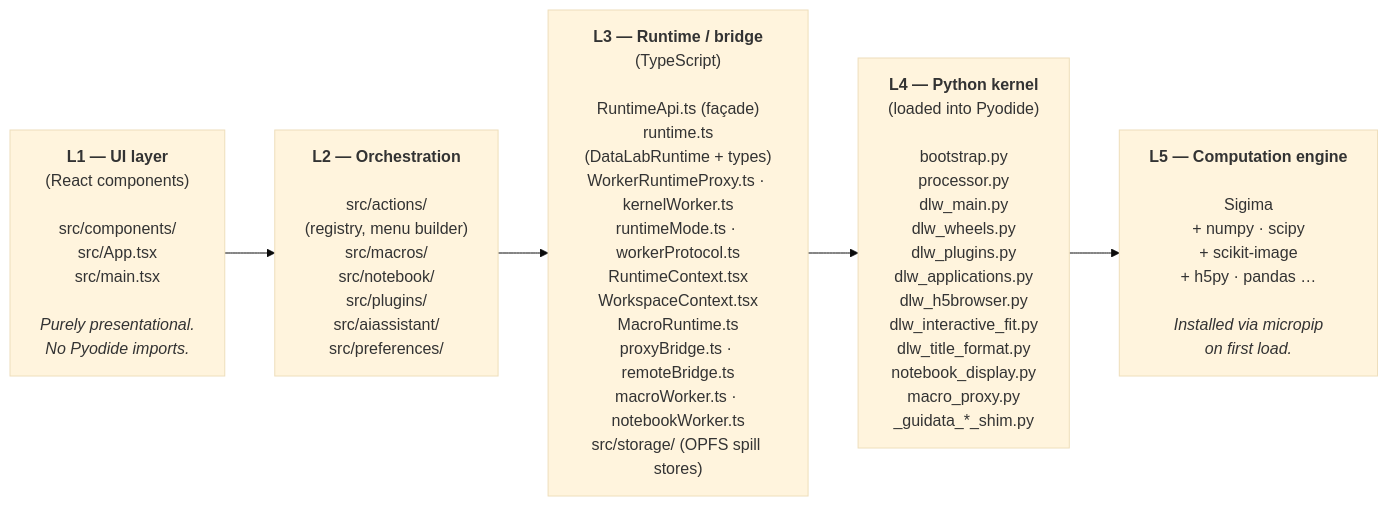
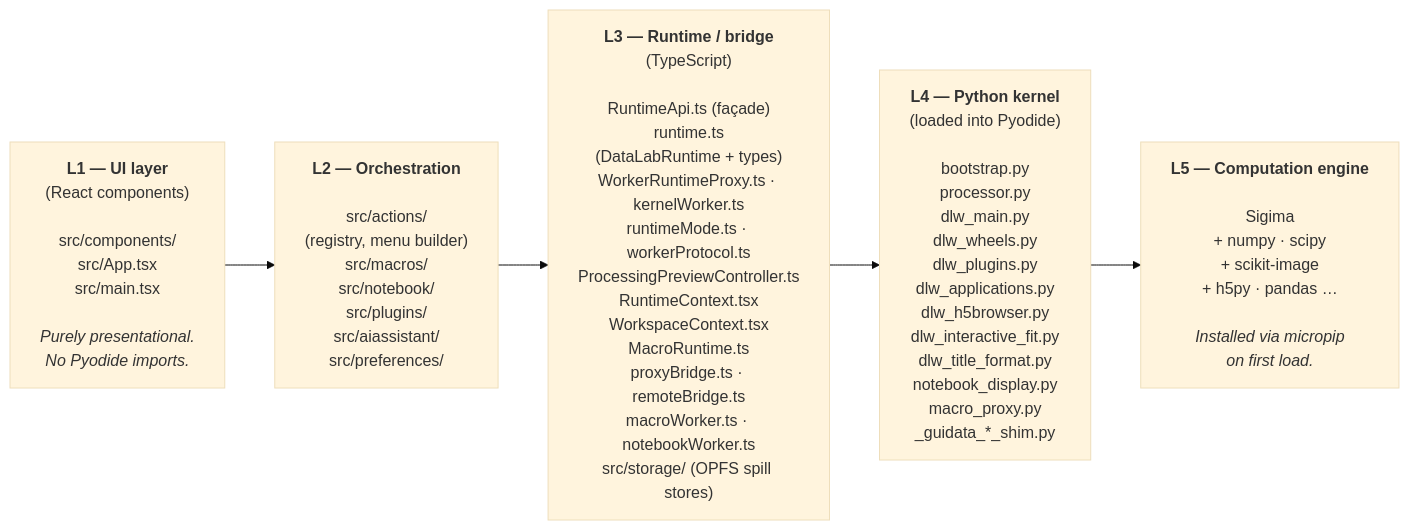
The second of 8 diagrams in doc/architecture.md (DataLab-Platform/web), drawn with Mermaid (base theme) before and after one commit. The commit also changed other lines of this file and 30 other files, not shown here.

````diff
--- a/doc/architecture.md
+++ b/doc/architecture.md
@@ -82,10 +88,10 @@
 ```mermaid
 flowchart LR
     L1["<b>L1 — UI layer</b><br/>(React components)<br/><br/>src/components/<br/>src/App.tsx<br/>src/main.tsx<br/><br/><i>Purely presentational.<br/>No Pyodide imports.</i>"]
     L2["<b>L2 — Orchestration</b><br/><br/>src/actions/<br/>(registry, menu builder)<br/>src/macros/<br/>src/notebook/<br/>src/plugins/<br/>src/aiassistant/<br/>src/preferences/"]
-    L3["<b>L3 — Runtime / bridge</b><br/>(TypeScript)<br/><br/>RuntimeApi.ts (façade)<br/>runtime.ts<br/>(DataLabRuntime + types)<br/>WorkerRuntimeProxy.ts · kernelWorker.ts<br/>runtimeMode.ts · workerProtocol.ts<br/>RuntimeContext.tsx<br/>WorkspaceContext.tsx<br/>MacroRuntime.ts<br/>proxyBridge.ts · remoteBridge.ts<br/>macroWorker.ts · notebookWorker.ts<br/>src/storage/ (OPFS spill stores)"]
+    L3["<b>L3 — Runtime / bridge</b><br/>(TypeScript)<br/><br/>RuntimeApi.ts (façade)<br/>runtime.ts<br/>(DataLabRuntime + types)<br/>WorkerRuntimeProxy.ts · kernelWorker.ts<br/>runtimeMode.ts · workerProtocol.ts<br/>ProcessingPreviewController.ts<br/>RuntimeContext.tsx<br/>WorkspaceContext.tsx<br/>MacroRuntime.ts<br/>proxyBridge.ts · remoteBridge.ts<br/>macroWorker.ts · notebookWorker.ts<br/>src/storage/ (OPFS spill stores)"]
     L4["<b>L4 — Python kernel</b><br/>(loaded into Pyodide)<br/><br/>bootstrap.py<br/>processor.py<br/>dlw_main.py<br/>dlw_wheels.py<br/>dlw_plugins.py<br/>dlw_applications.py<br/>dlw_h5browser.py<br/>dlw_interactive_fit.py<br/>dlw_title_format.py<br/>notebook_display.py<br/>macro_proxy.py<br/>_guidata_*_shim.py"]
     L5["<b>L5 — Computation engine</b><br/><br/>Sigima<br/>+ numpy · scipy<br/>+ scikit-image<br/>+ h5py · pandas …<br/><br/><i>Installed via micropip<br/>on first load.</i>"]
 
     L1 --> L2 --> L3 --> L4 --> L5
 ```
````
